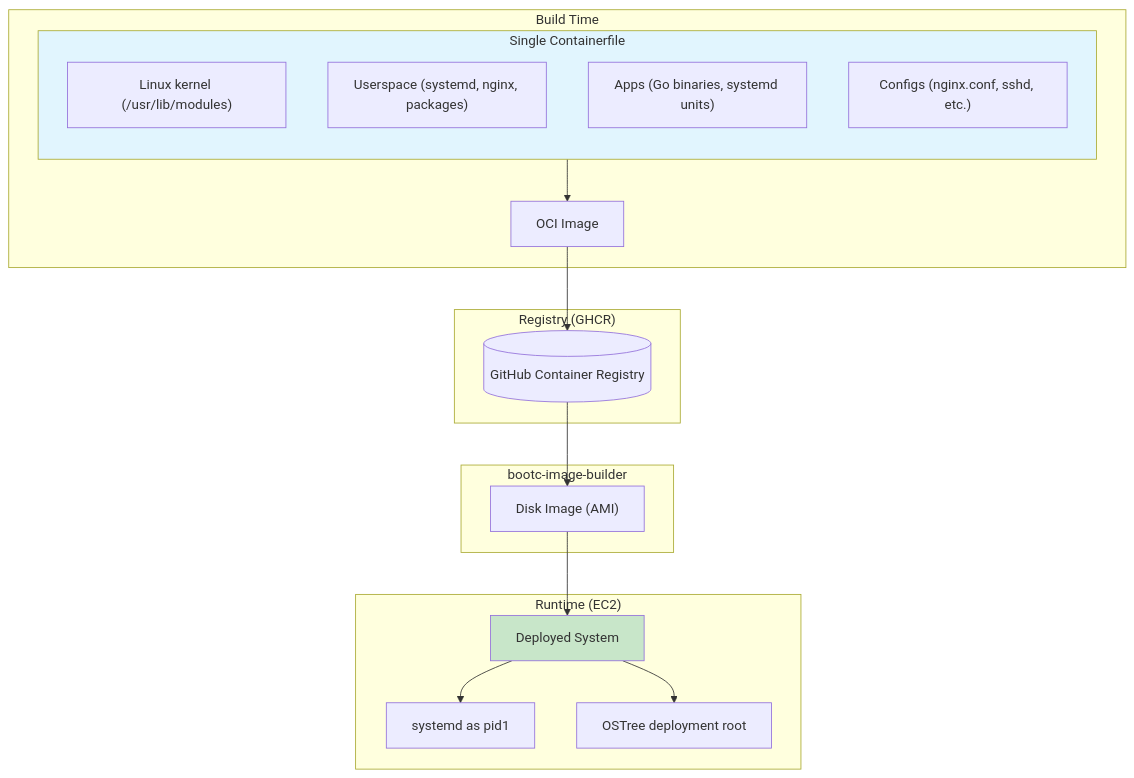
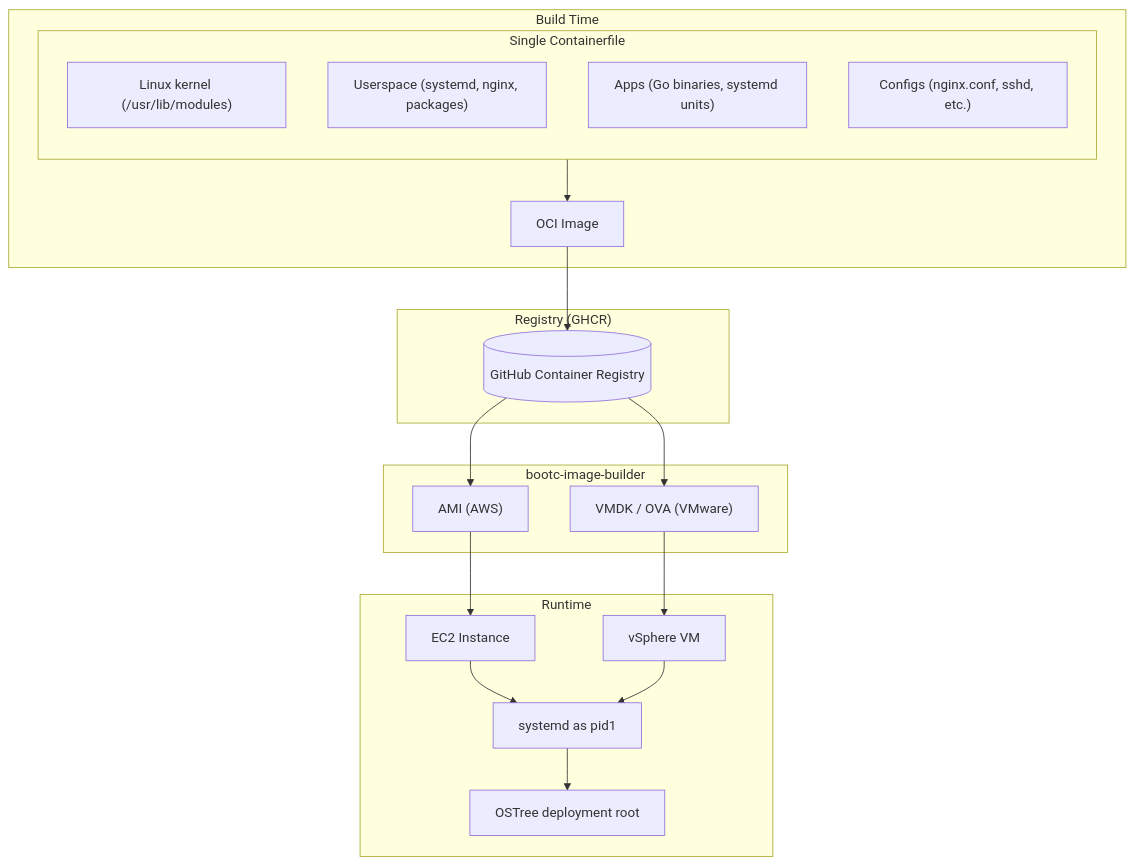
One commit to duyhenryer/bootc-testboot changed the first of 6 diagrams in docs/000-architecture-overview.md. Above: the diagram before and after it, drawn with Mermaid. The commit also changed other lines of this file and 24 other files, not shown here.

````diff
--- a/docs/000-architecture-overview.md
+++ b/docs/000-architecture-overview.md
@@ -11,31 +11,31 @@
 ```mermaid
 flowchart TB
     subgraph Containerfile["Single Containerfile"]
         direction TB
         K["Linux kernel (/usr/lib/modules)"]
         U["Userspace (systemd, nginx, packages)"]
         A["Apps (Go binaries, systemd units)"]
         C["Configs (nginx.conf, sshd, etc.)"]
     end
 
     subgraph Build["Build Time"]
         Containerfile --> OCI["OCI Image"]
     end
 
     subgraph Registry["Registry (GHCR)"]
         OCI --> GHCR[("GitHub Container Registry")]
     end
 
     subgraph ImageBuilder["bootc-image-builder"]
-        GHCR --> AMI["Disk Image (AMI)"]
+        GHCR --> AMI["AMI (AWS)"]
+        GHCR --> VMDK["VMDK / OVA (VMware)"]
     end
 
-    subgraph Runtime["Runtime (EC2)"]
-        AMI --> VM["Deployed System"]
-        VM --> PID1["systemd as pid1"]
-        VM --> ROOT["OSTree deployment root"]
+    subgraph Runtime["Runtime"]
+        AMI --> EC2["EC2 Instance"]
+        VMDK --> VSPHERE["vSphere VM"]
+        EC2 --> PID1["systemd as pid1"]
+        VSPHERE --> PID1
+        PID1 --> ROOT["OSTree deployment root"]
     end
-
-    style Containerfile fill:#e1f5fe
-    style VM fill:#c8e6c9
 ```
````
